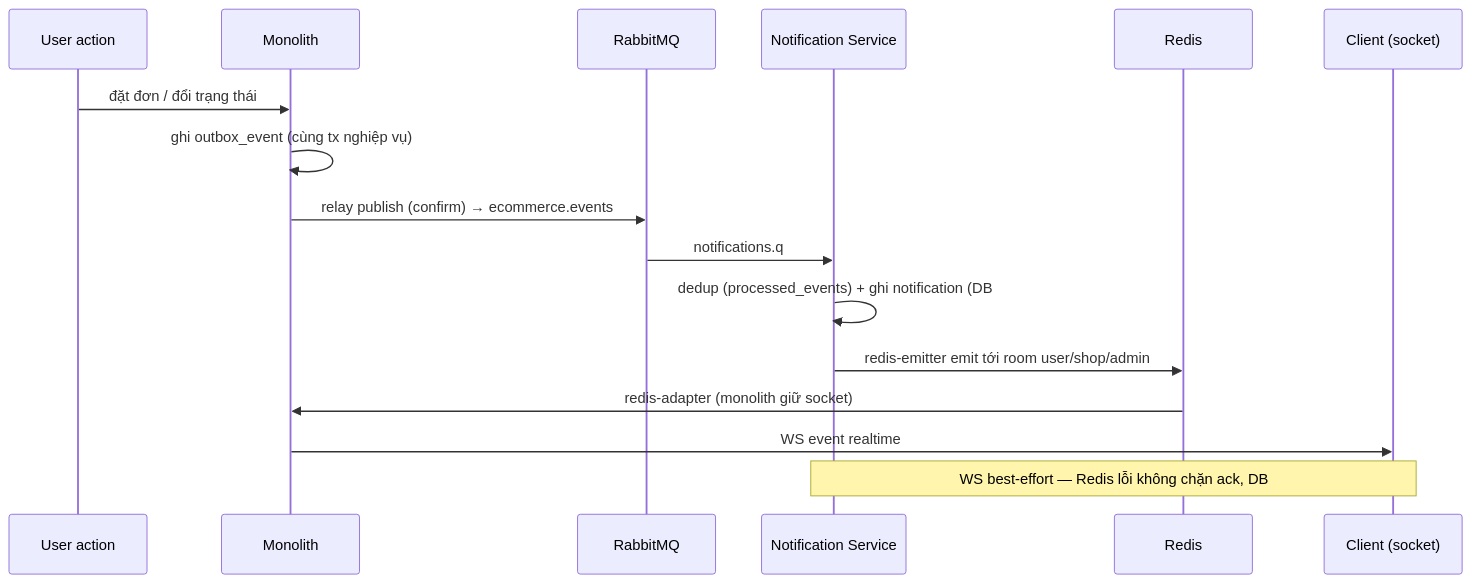
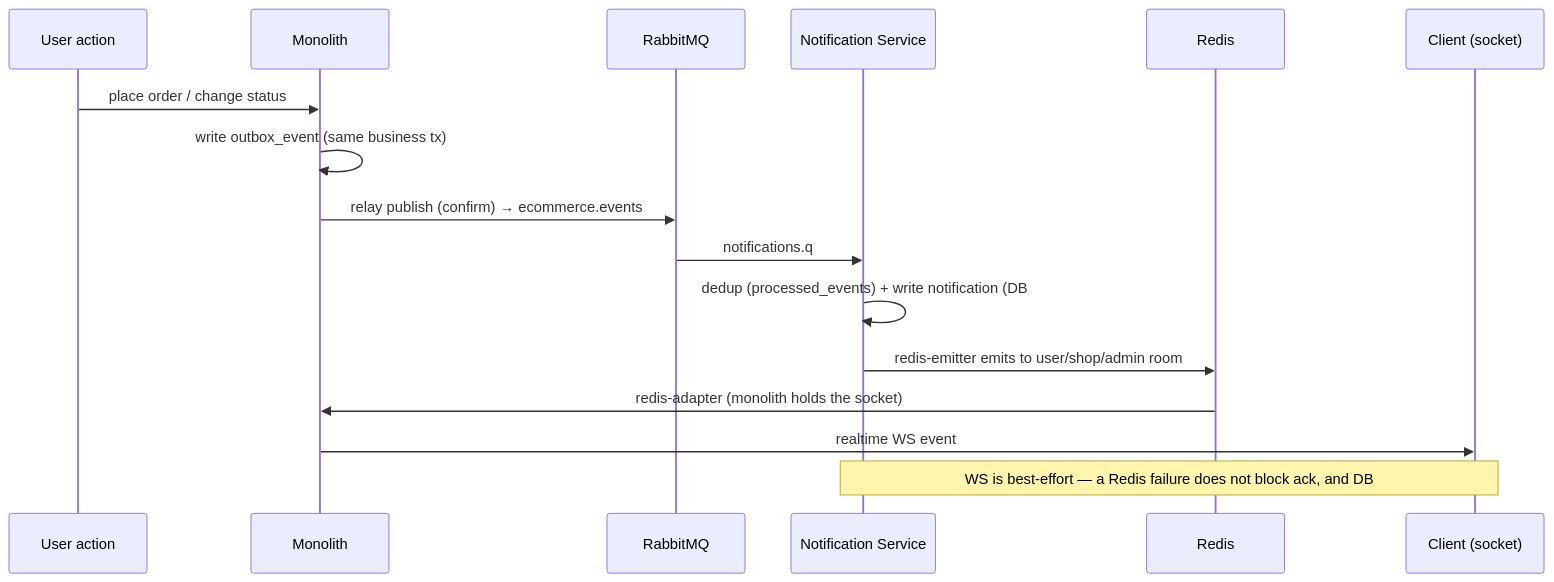
The second of 3 diagrams in README.md (chaugiakhang193/fullstack-multi-vendor-ecommerce), drawn with Mermaid before and after one commit. The commit also changed other lines of this file and 5 other files, not shown here.

First line of the commit message:
295. docs(readme): recruiter-facing rewrite with architecture diagrams and screenshots

````diff
--- a/README.md
+++ b/README.md
@@ -87,19 +137,19 @@
 ```mermaid
 sequenceDiagram
     participant U as User action
     participant BE as Monolith
     participant MQ as RabbitMQ
     participant NS as Notification Service
     participant R as Redis
     participant C as Client (socket)
 
-    U->>BE: đặt đơn / đổi trạng thái
-    BE->>BE: ghi outbox_event (cùng tx nghiệp vụ)
+    U->>BE: place order / change status
+    BE->>BE: write outbox_event (same business tx)
     BE->>MQ: relay publish (confirm) → ecommerce.events
     MQ->>NS: notifications.q
-    NS->>NS: dedup (processed_events) + ghi notification (DB#2)
-    NS->>R: redis-emitter emit tới room user/shop/admin
-    R->>BE: redis-adapter (monolith giữ socket)
-    BE->>C: WS event realtime
-    Note over NS,C: WS best-effort — Redis lỗi không chặn ack, DB#2 vẫn là source of truth
+    NS->>NS: dedup (processed_events) + write notification (DB#2)
+    NS->>R: redis-emitter emits to user/shop/admin room
+    R->>BE: redis-adapter (monolith holds the socket)
+    BE->>C: realtime WS event
+    Note over NS,C: WS is best-effort — a Redis failure does not block ack, and DB#2 stays source of truth
 ```
````
